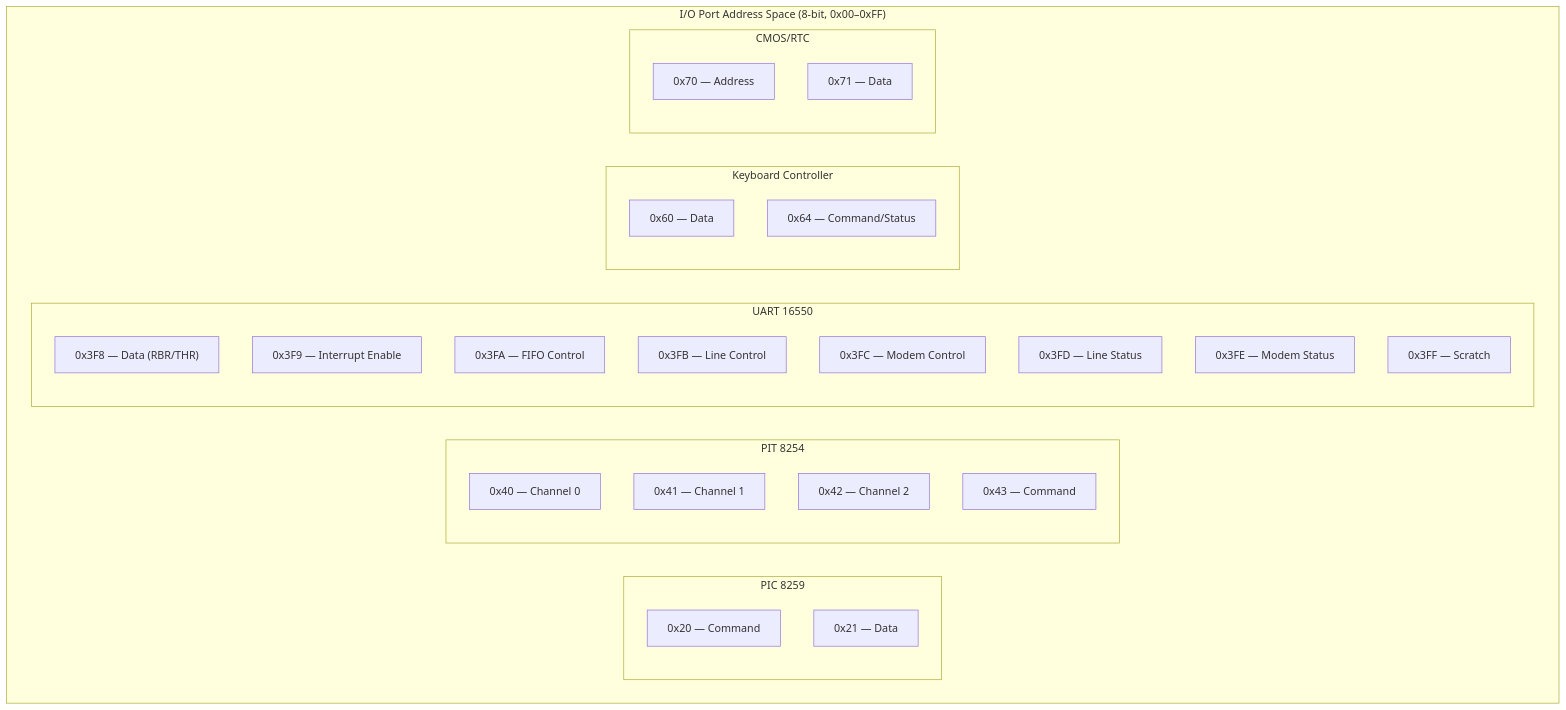
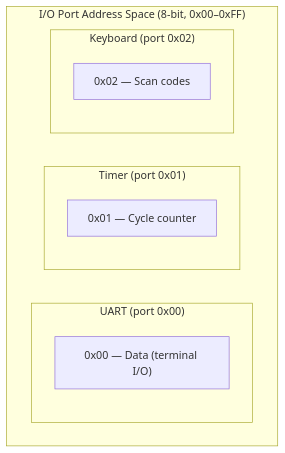
The fifth of 8 diagrams in docs/en/architecture/memory-map.md (MinecAnton209/NovumOS-16bit), drawn with Mermaid before and after one commit. The commit also changed other lines of this file and 30 other files, not shown here.

First line of the commit message:
feat: simple UART at port 0x00, kernel shell, remove PIC/PIT/UART16550, update docs

````diff
--- a/docs/en/architecture/memory-map.md
+++ b/docs/en/architecture/memory-map.md
@@ -258,33 +258,14 @@
 ```mermaid
 graph TB
     subgraph IOPortMap["I/O Port Address Space (8-bit, 0x00–0xFF)"]
-        subgraph PIC["PIC 8259"]
-            PIC_A["0x20 — Command"]
-            PIC_D["0x21 — Data"]
+        subgraph UART["UART (port 0x00)"]
+            UART_D["0x00 — Data (terminal I/O)"]
         end
-        subgraph PIT["PIT 8254"]
-            PIT_0["0x40 — Channel 0"]
-            PIT_1["0x41 — Channel 1"]
-            PIT_2["0x42 — Channel 2"]
-            PIT_C["0x43 — Command"]
+        subgraph TIMER["Timer (port 0x01)"]
+            TIMER_D["0x01 — Cycle counter"]
         end
-        subgraph UART["UART 16550"]
-            UART_D["0x3F8 — Data (RBR/THR)"]
-            UART_IER["0x3F9 — Interrupt Enable"]
-            UART_FCR["0x3FA — FIFO Control"]
-            UART_LCR["0x3FB — Line Control"]
-            UART_MCR["0x3FC — Modem Control"]
-            UART_LSR["0x3FD — Line Status"]
-            UART_MSR["0x3FE — Modem Status"]
-            UART_SCR["0x3FF — Scratch"]
-        end
-        subgraph KBD["Keyboard Controller"]
-            KBD_D["0x60 — Data"]
-            KBD_C["0x64 — Command/Status"]
-        end
-        subgraph CMOS["CMOS/RTC"]
-            CMOS_A["0x70 — Address"]
-            CMOS_D["0x71 — Data"]
+        subgraph KBD["Keyboard (port 0x02)"]
+            KBD_D["0x02 — Scan codes"]
         end
     end
 ```
````
